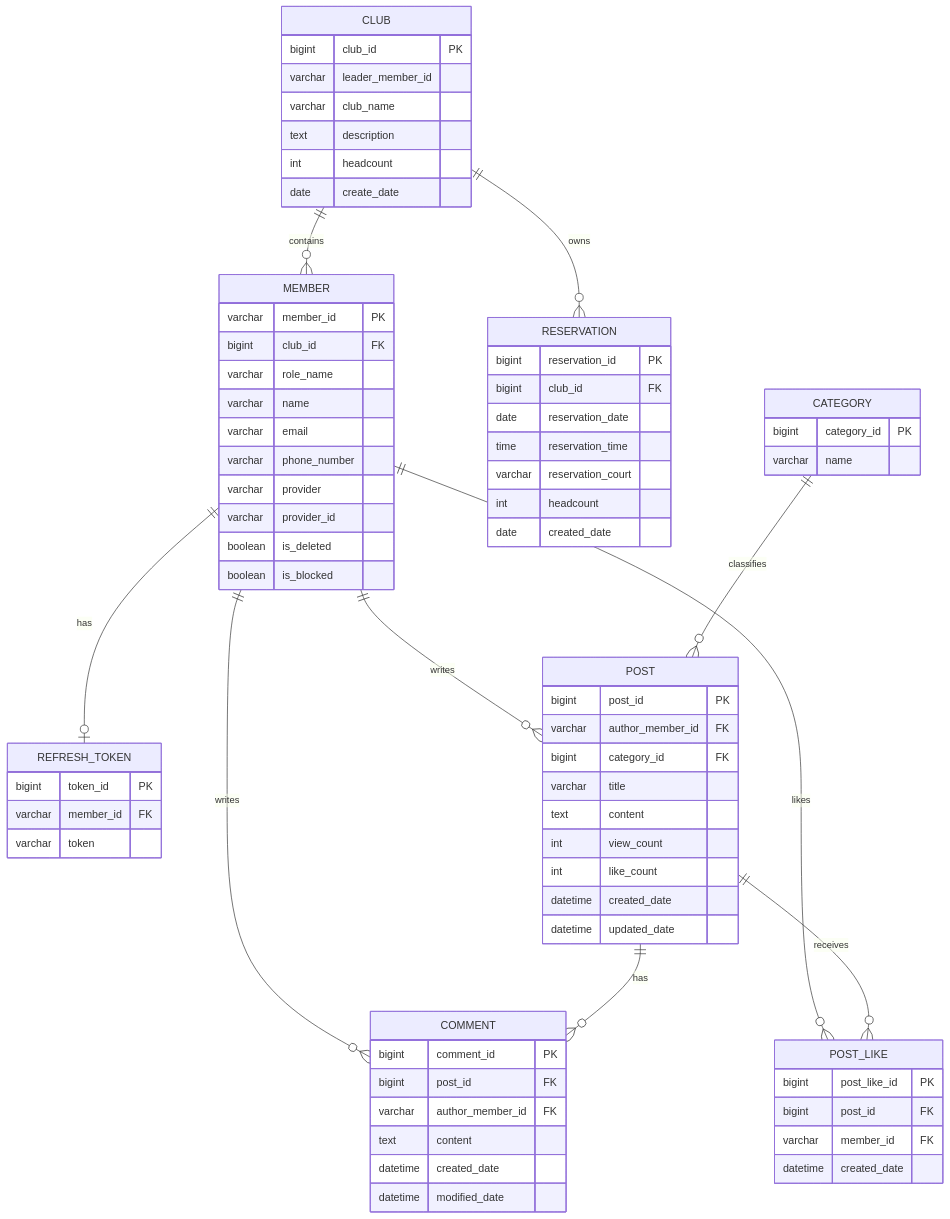
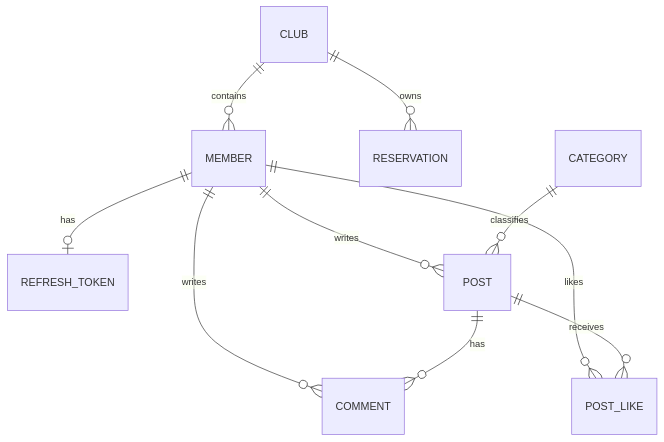
Before and after one commit to BookKOK/ureca-bookKOK: the second of 2 diagrams in README_DRAFT.md, drawn with Mermaid. The commit also changed other lines of this file, not shown here.

````diff
--- a/README_DRAFT.md
+++ b/README_DRAFT.md
@@ -161,75 +174,4 @@
     CATEGORY ||--o{ POST : classifies
     POST ||--o{ COMMENT : has
     POST ||--o{ POST_LIKE : receives
-
-    CLUB {
-        bigint club_id PK
-        varchar leader_member_id
-        varchar club_name
-        text description
-        int headcount
-        date create_date
-    }
-
-    MEMBER {
-        varchar member_id PK
-        bigint club_id FK
-        varchar role_name
-        varchar name
-        varchar email
-        varchar phone_number
-        varchar provider
-        varchar provider_id
-        boolean is_deleted
-        boolean is_blocked
-    }
-
-    RESERVATION {
-        bigint reservation_id PK
-        bigint club_id FK
-        date reservation_date
-        time reservation_time
-        varchar reservation_court
-        int headcount
-        date created_date
-    }
-
-    REFRESH_TOKEN {
-        bigint token_id PK
-        varchar member_id FK
-        varchar token
-    }
-
-    CATEGORY {
-        bigint category_id PK
-        varchar name
-    }
-
-    POST {
-        bigint post_id PK
-        varchar author_member_id FK
-        bigint category_id FK
-        varchar title
-        text content
-        int view_count
-        int like_count
-        datetime created_date
-        datetime updated_date
-    }
-
-    COMMENT {
-        bigint comment_id PK
-        bigint post_id FK
-        varchar author_member_id FK
-        text content
-        datetime created_date
-        datetime modified_date
-    }
-
-    POST_LIKE {
-        bigint post_like_id PK
-        bigint post_id FK
-        varchar member_id FK
-        datetime created_date
-    }
 ```
````
